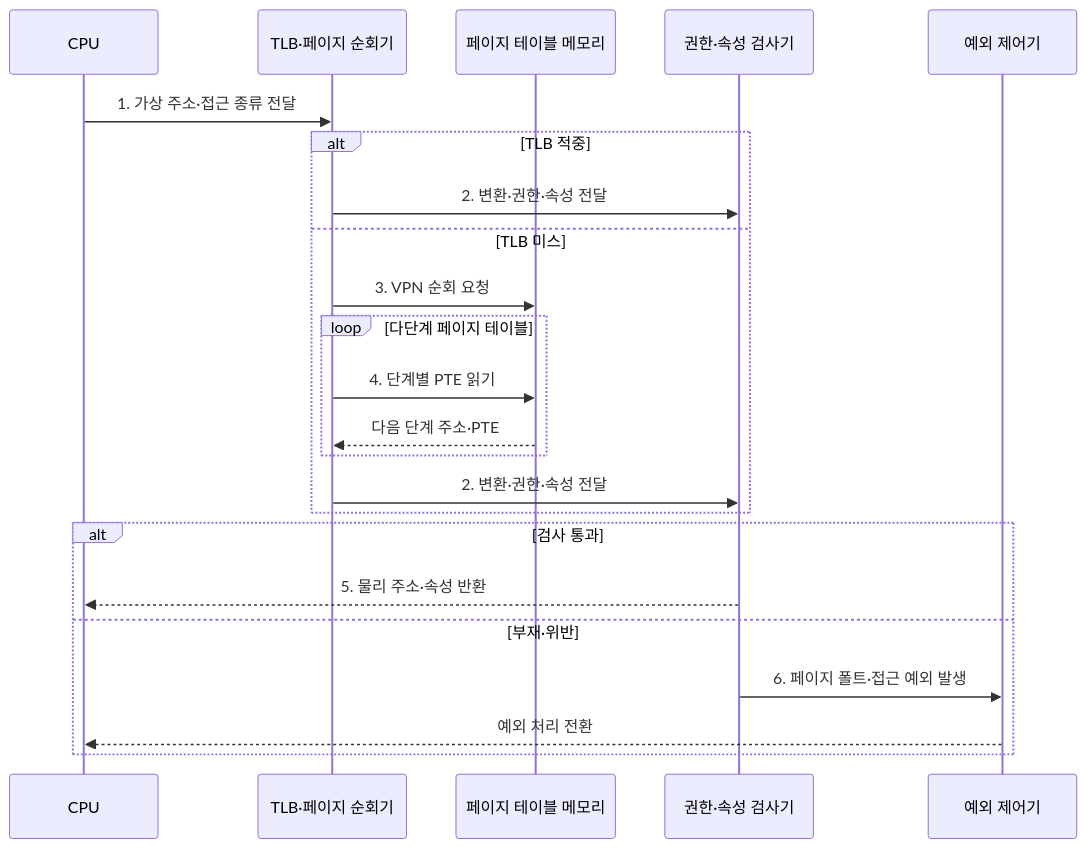
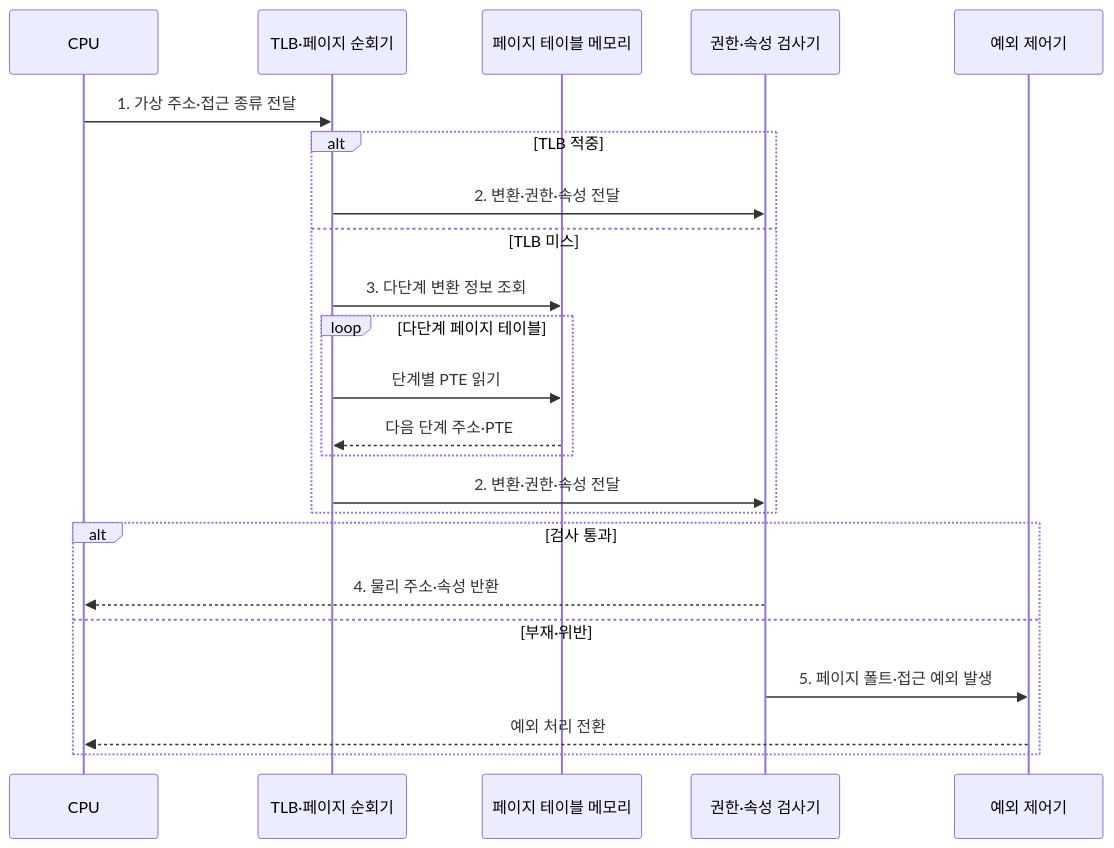
The second of 2 diagrams in src/content/docs/notes/02-hardware/020_mmu.md (agnusdei1207/knowledge-base), drawn with Mermaid before and after one commit. The commit also changed other lines of this file and 86 other files, not shown here.

````diff
--- a/src/content/docs/notes/02-hardware/020_mmu.md
+++ b/src/content/docs/notes/02-hardware/020_mmu.md
@@ -88,25 +88,25 @@
 ```mermaid
 sequenceDiagram
     participant C as CPU
     participant V as TLB·페이지 순회기
     participant M as 페이지 테이블 메모리
     participant P as 권한·속성 검사기
     participant E as 예외 제어기
     C->>V: 1. 가상 주소·접근 종류 전달
     alt TLB 적중
         V->>P: 2. 변환·권한·속성 전달
     else TLB 미스
-        V->>M: 3. VPN 순회 요청
+        V->>M: 3. 다단계 변환 정보 조회
         loop 다단계 페이지 테이블
-            V->>M: 4. 단계별 PTE 읽기
+            V->>M: 단계별 PTE 읽기
             M-->>V: 다음 단계 주소·PTE
         end
         V->>P: 2. 변환·권한·속성 전달
     end
     alt 검사 통과
-        P-->>C: 5. 물리 주소·속성 반환
+        P-->>C: 4. 물리 주소·속성 반환
     else 부재·위반
-        P->>E: 6. 페이지 폴트·접근 예외 발생
+        P->>E: 5. 페이지 폴트·접근 예외 발생
         E-->>C: 예외 처리 전환
     end
 ```
````
